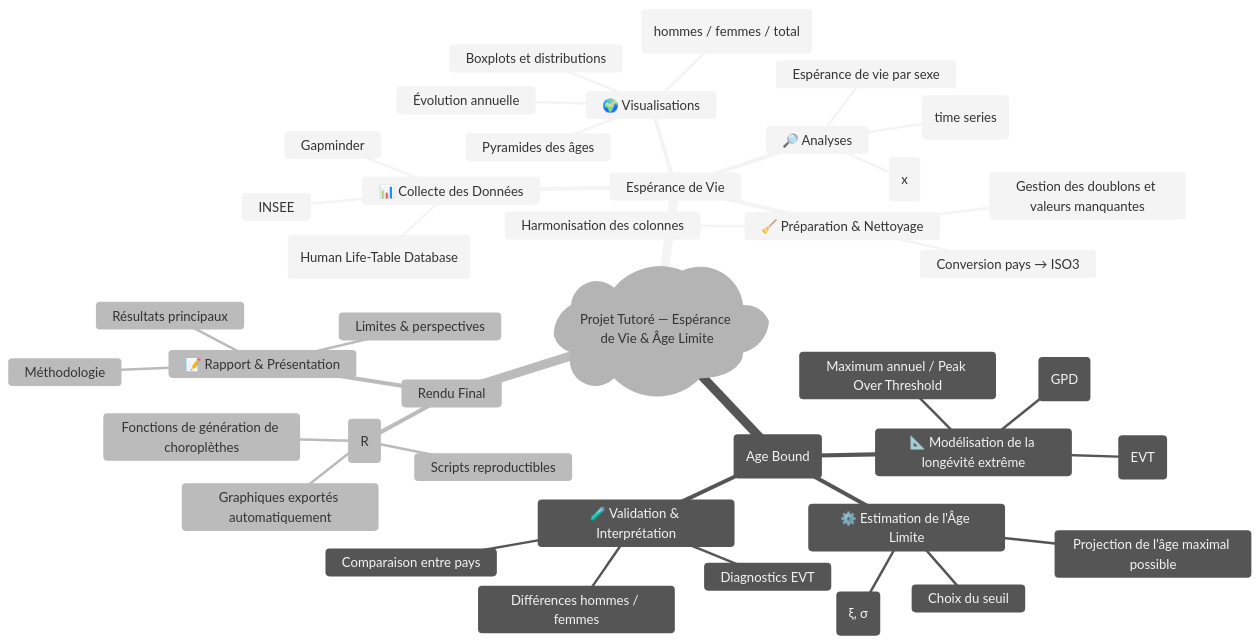
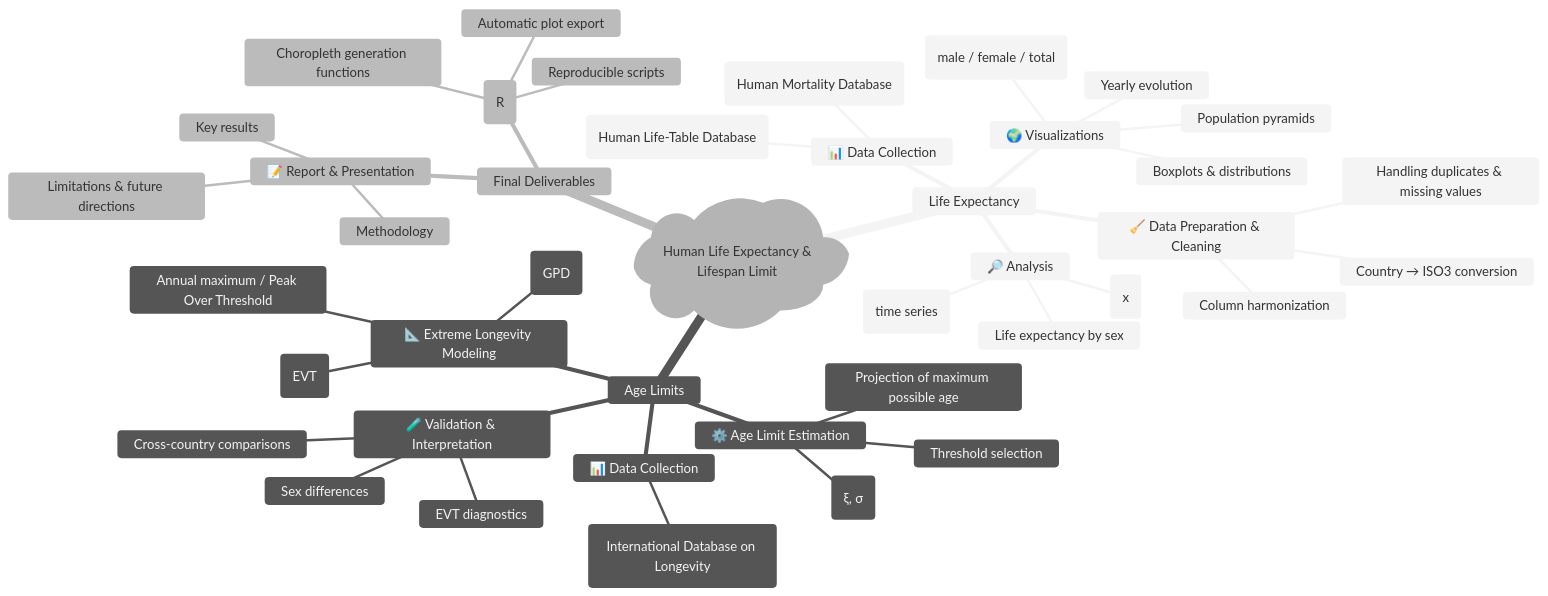
Before and after one commit to Dacossti/Life-Expectancy-and-Age-Limit: the diagram in README.md, drawn with Mermaid (neutral theme). The commit also changed other lines of this file, not shown here.

````diff
--- a/README.md
+++ b/README.md
@@ -143,47 +120,56 @@
 ```mermaid
 mindmap
-  root)Projet Tutoré — Espérance de Vie & Âge Limite(
+  root) Human Life Expectancy & Lifespan Limit(
     
-    Espérance de Vie
-        📊 Collecte des Données
+    Life Expectancy
+        📊 Data Collection
             HLD (Human Life-Table Database)
-            Gapminder
-            INSEE
-        🧹 Préparation & Nettoyage
-            Harmonisation des colonnes
-            Gestion des doublons et valeurs manquantes
-            Conversion pays → ISO3
-        🔎 Analyses
-            Espérance de vie par sexe
-            Espérance de vie à différents âges e(x)
-            Tendances temporelles (time series)
-        🌍 Visualisations
-            Cartes choroplèthes (hommes / femmes / total)
-            Pyramides des âges
-            Boxplots et distributions
-            Évolution annuelle
+            HMD (Human Mortality Database)
+            
+        🧹 Data Preparation & Cleaning
+            Column harmonization
+            Handling duplicates & missing values
+            Country → ISO3 conversion
+            
+        🔎 Analysis
+            Life expectancy by sex
+            Life expectancy at different ages e(x)
+            Temporal trends (time series)
+            
+        🌍 Visualizations
+            Choropleth maps (male / female / total)
+            Population pyramids
+            Boxplots & distributions
+            Yearly evolution
     
-    Limite d'Âge (Age Bound)
-        📐 Modélisation de la longévité extrême
-            Théorie des Valeurs Extrêmes (EVT)
-            Loi de Pareto Généralisée (GPD)
-            Maximum annuel / Peak Over Threshold
-        ⚙️ Estimation de l'Âge Limite
-            Choix du seuil
-            Estimation des paramètres (ξ, σ)
-            Projection de l’âge maximal possible
-        🧪 Validation & Interprétation
-            Diagnostics EVT
-            Comparaison entre pays
-            Différences hommes / femmes
+    Age Limits
+        📊 Data Collection
+            IDL (International Database on Longevity)
+            
+        📐 Extreme Longevity Modeling
+            Extreme Value Theory (EVT)
+            Generalized Pareto Distribution (GPD)
+            Annual maximum / Peak Over Threshold
+            
+        ⚙️ Age Limit Estimation
+            Threshold selection
+            Parameter estimation (ξ, σ)
+            Projection of maximum possible age
+            
+        🧪 Validation & Interpretation
+            EVT diagnostics
+            Cross-country comparisons
+            Sex differences
     
-    Rendu Final
-        📁 Automatisation (R)
-            Scripts reproductibles
-            Fonctions de génération de choroplèthes
-            Graphiques exportés automatiquement
-        📝 Rapport & Présentation
-            Méthodologie
-            Résultats principaux
-            Limites & perspectives
+    Final Deliverables
+        📁 Automation (R)
+            Reproducible scripts
+            Choropleth generation functions
+            Automatic plot export
+            
+        📝 Report & Presentation
+            Methodology
+            Key results
+            Limitations & future directions
+
 ```
````
